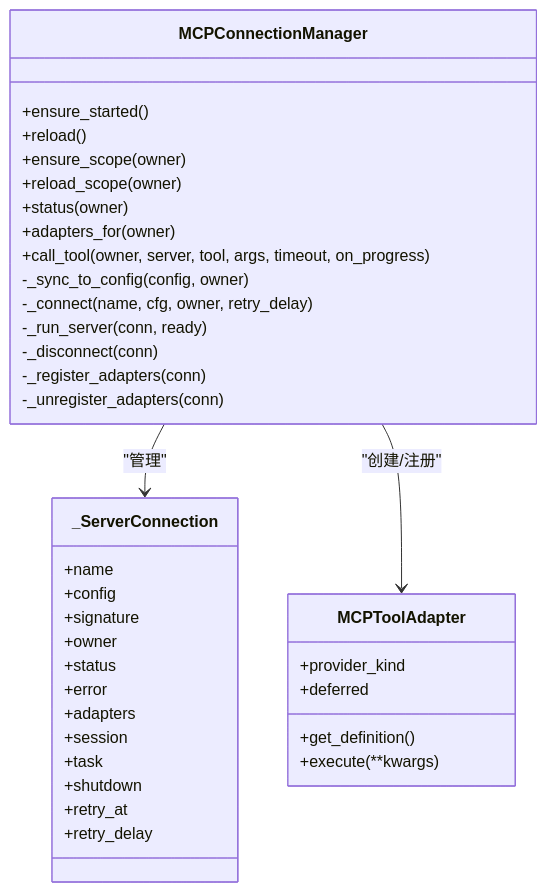
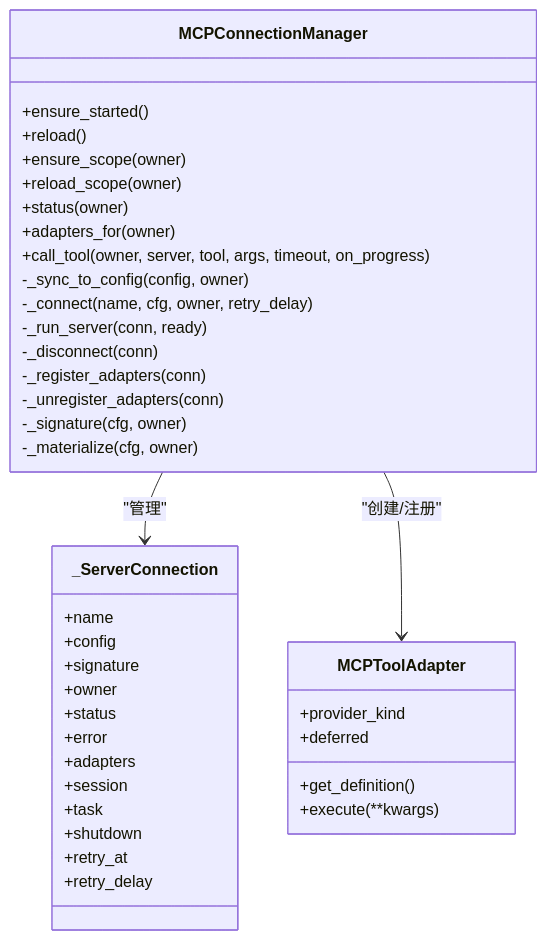
The third of 7 diagrams in .qoder/repowiki/zh/content/工具系统/MCP服务器集成/MCP服务器集成.md (gongzili456/DeepTutor), drawn with Mermaid before and after one commit. The commit also changed other lines of this file and 289 other files, not shown here.

````diff
--- a/.qoder/repowiki/zh/content/工具系统/MCP服务器集成/MCP服务器集成.md
+++ b/.qoder/repowiki/zh/content/工具系统/MCP服务器集成/MCP服务器集成.md
@@ -136,40 +145,42 @@
 ```mermaid
 classDiagram
 class MCPConnectionManager {
 +ensure_started()
 +reload()
 +ensure_scope(owner)
 +reload_scope(owner)
 +status(owner)
 +adapters_for(owner)
 +call_tool(owner, server, tool, args, timeout, on_progress)
 -_sync_to_config(config, owner)
 -_connect(name, cfg, owner, retry_delay)
 -_run_server(conn, ready)
 -_disconnect(conn)
 -_register_adapters(conn)
 -_unregister_adapters(conn)
+-_signature(cfg, owner)
+-_materialize(cfg, owner)
 }
 class MCPToolAdapter {
 +get_definition()
 +execute(**kwargs)
 +provider_kind
 +deferred
 }
 class _ServerConnection {
 +name
 +config
 +signature
 +owner
 +status
 +error
 +adapters
 +session
 +task
 +shutdown
 +retry_at
 +retry_delay
 }
 MCPConnectionManager --> _ServerConnection : "管理"
 MCPConnectionManager --> MCPToolAdapter : "创建/注册"
 ```
````
